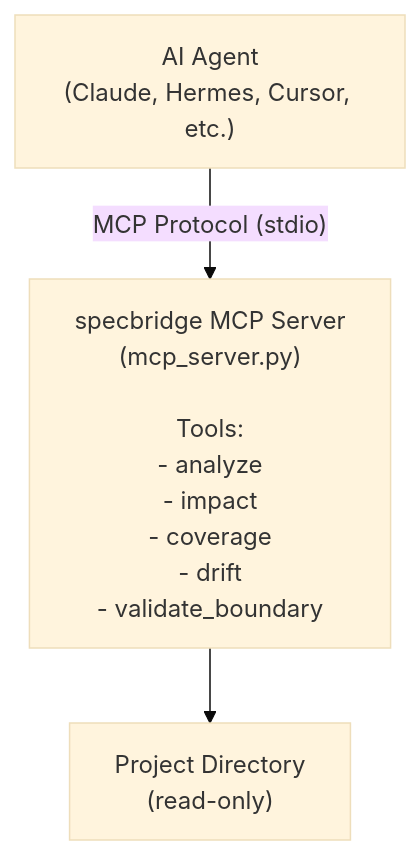
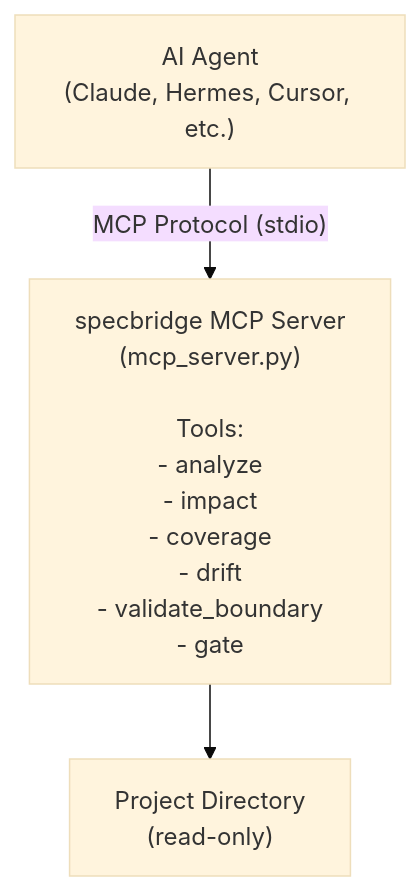
One commit to nekolife1984/specbridge changed the first of 2 diagrams in docs/en/10-mcp-integration.md. Above: the diagram before and after it, drawn with Mermaid (base theme). The commit also changed other lines of this file and 12 other files, not shown here.

First line of the commit message:
feat: specbridge coverage --gate — カバレッジゲートチェックコマンド追加 (#44)

````diff
--- a/docs/en/10-mcp-integration.md
+++ b/docs/en/10-mcp-integration.md
@@ -10,9 +10,9 @@
 ```mermaid
 flowchart TB
     AGENT["AI Agent<br/>(Claude, Hermes, Cursor, etc.)"]
-    MCP_SERV["specbridge MCP Server<br/>(mcp_server.py)<br/><br/>Tools:<br/>- analyze<br/>- impact<br/>- coverage<br/>- drift<br/>- validate_boundary"]
+    MCP_SERV["specbridge MCP Server<br/>(mcp_server.py)<br/><br/>Tools:<br/>- analyze<br/>- impact<br/>- coverage<br/>- drift<br/>- validate_boundary<br/>- gate"]
     PROJ["Project Directory<br/>(read-only)"]
 
     AGENT -->|"MCP Protocol (stdio)"| MCP_SERV
     MCP_SERV --> PROJ
 ```
````
